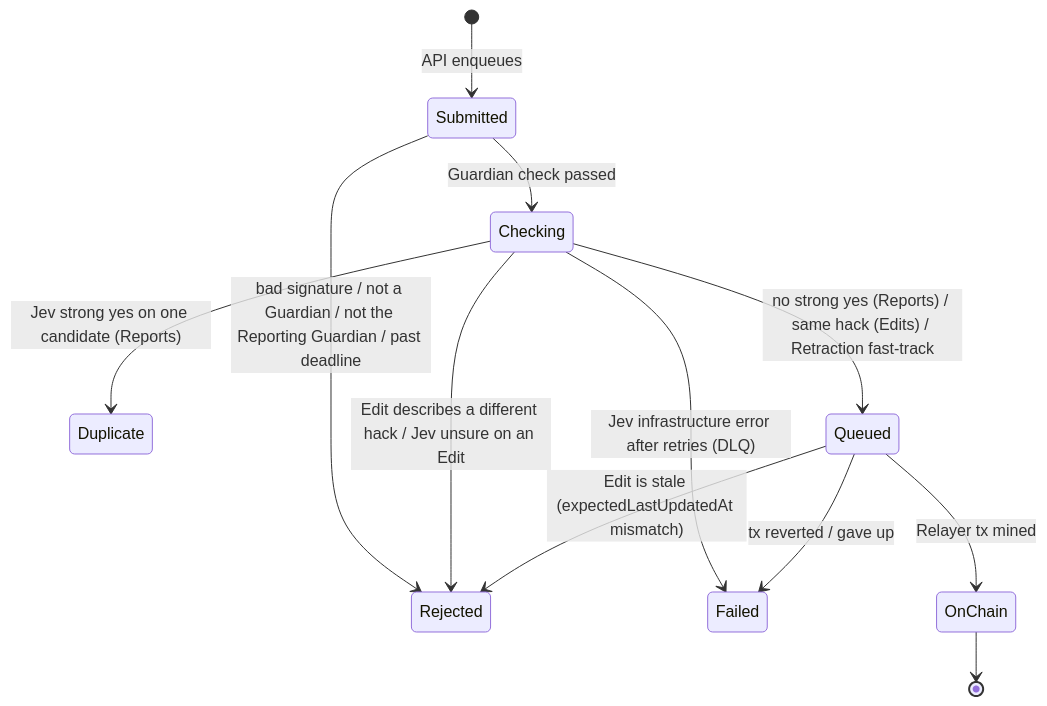
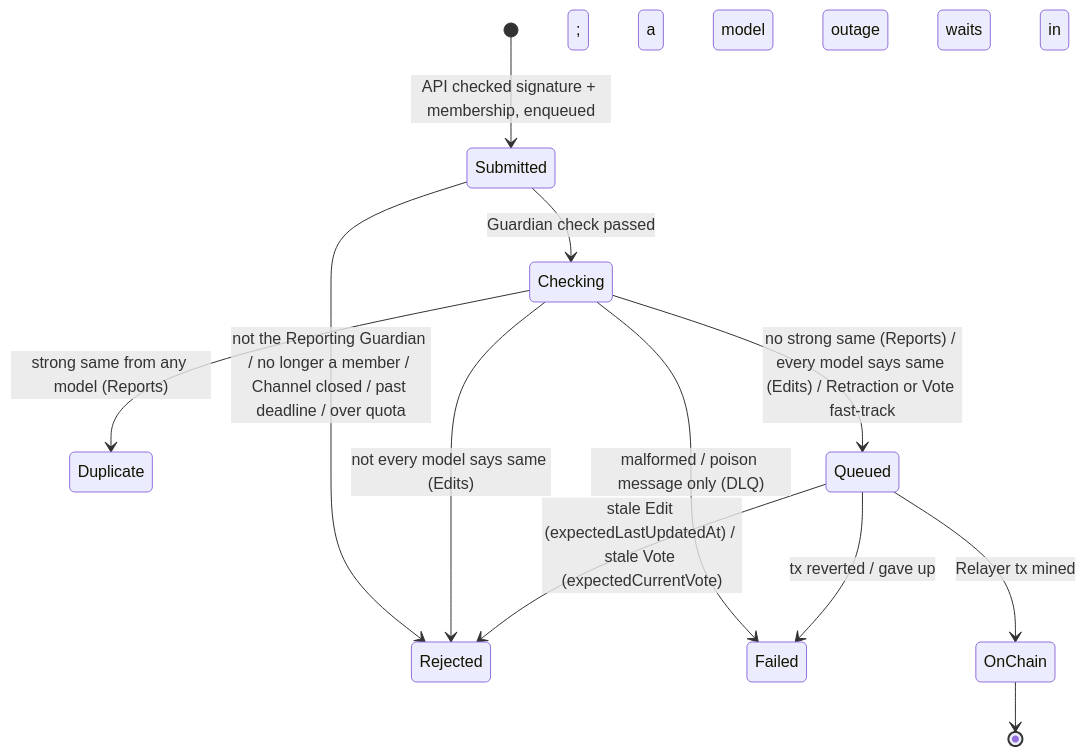
Before and after one commit to ThatsRekt/thatsRekt: the third of 3 diagrams in docs/intake-redesign.md, drawn with Mermaid. The commit also changed other lines of this file and 4 other files, not shown here.

````diff
--- a/docs/intake-redesign.md
+++ b/docs/intake-redesign.md
@@ -88,14 +91,14 @@
 ```mermaid
 stateDiagram-v2
-  [*] --> Submitted: API enqueues
-  Submitted --> Rejected: bad signature / not a Guardian / not the Reporting Guardian / past deadline
+  [*] --> Submitted: API checked signature + membership, enqueued
+  Submitted --> Rejected: not the Reporting Guardian / no longer a member / Channel closed / past deadline / over quota
   Submitted --> Checking: Guardian check passed
-  Checking --> Duplicate: Jev strong yes on one candidate (Reports)
-  Checking --> Rejected: Edit describes a different hack / Jev unsure on an Edit
-  Checking --> Failed: Jev infrastructure error after retries (DLQ)
-  Checking --> Queued: no strong yes (Reports) / same hack (Edits) / Retraction fast-track
+  Checking --> Duplicate: strong same from any model (Reports)
+  Checking --> Rejected: not every model says same (Edits)
+  Checking --> Failed: malformed / poison message only (DLQ); a model outage waits in Checking
+  Checking --> Queued: no strong same (Reports) / every model says same (Edits) / Retraction or Vote fast-track
   Queued --> OnChain: Relayer tx mined
-  Queued --> Rejected: Edit is stale (expectedLastUpdatedAt mismatch)
+  Queued --> Rejected: stale Edit (expectedLastUpdatedAt) / stale Vote (expectedCurrentVote)
   Queued --> Failed: tx reverted / gave up
   OnChain --> [*]
 ```
````
